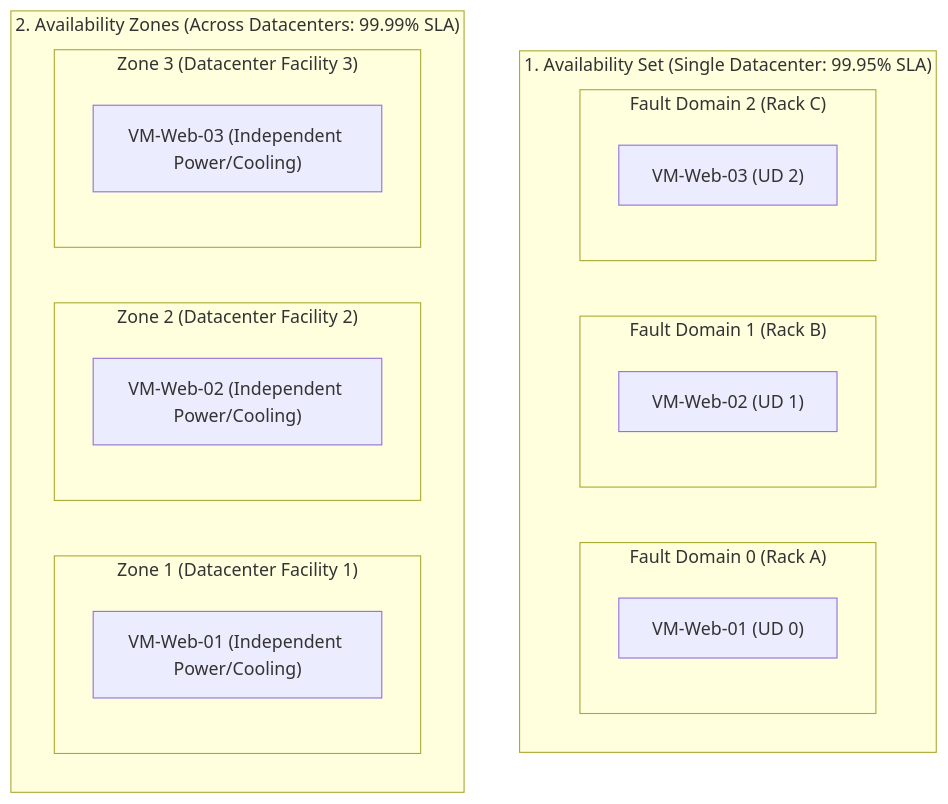
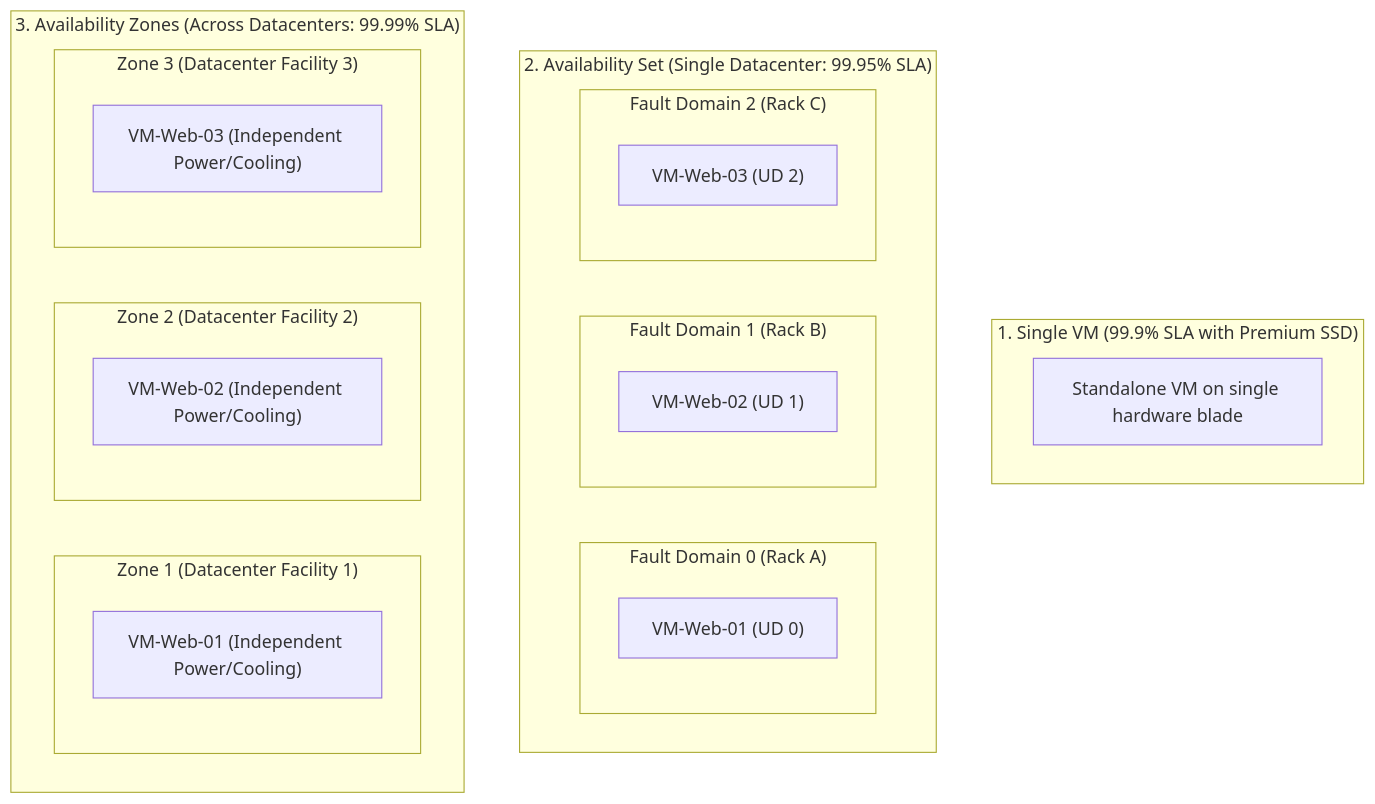
The first of 2 diagrams in Reference Notes/13-104-09_administer_azure_virtual_machines.md (kmashour/BrainDump), drawn with Mermaid before and after one commit. The commit also changed other lines of this file, not shown here.

````diff
--- a/Reference Notes/13-104-09_administer_azure_virtual_machines.md
+++ b/Reference Notes/13-104-09_administer_azure_virtual_machines.md
@@ -112,26 +181,30 @@
 ```mermaid
 flowchart TD
-    subgraph AvSet ["1. Availability Set (Single Datacenter: 99.95% SLA)"]
+    subgraph SingleVM ["1. Single VM (99.9% SLA with Premium SSD)"]
+        SVM["Standalone VM on single hardware blade"]
+    end
+
+    subgraph AvSet ["2. Availability Set (Single Datacenter: 99.95% SLA)"]
         subgraph FD0 ["Fault Domain 0 (Rack A)"]
             VM1_AS["VM-Web-01 (UD 0)"]
         end
         subgraph FD1 ["Fault Domain 1 (Rack B)"]
             VM2_AS["VM-Web-02 (UD 1)"]
         end
         subgraph FD2 ["Fault Domain 2 (Rack C)"]
             VM3_AS["VM-Web-03 (UD 2)"]
         end
     end
 
-    subgraph AvZone ["2. Availability Zones (Across Datacenters: 99.99% SLA)"]
+    subgraph AvZone ["3. Availability Zones (Across Datacenters: 99.99% SLA)"]
         subgraph Zone1 ["Zone 1 (Datacenter Facility 1)"]
             VM1_AZ["VM-Web-01 (Independent Power/Cooling)"]
         end
         subgraph Zone2 ["Zone 2 (Datacenter Facility 2)"]
             VM2_AZ["VM-Web-02 (Independent Power/Cooling)"]
         end
         subgraph Zone3 ["Zone 3 (Datacenter Facility 3)"]
             VM3_AZ["VM-Web-03 (Independent Power/Cooling)"]
         end
     end
 ```
````
